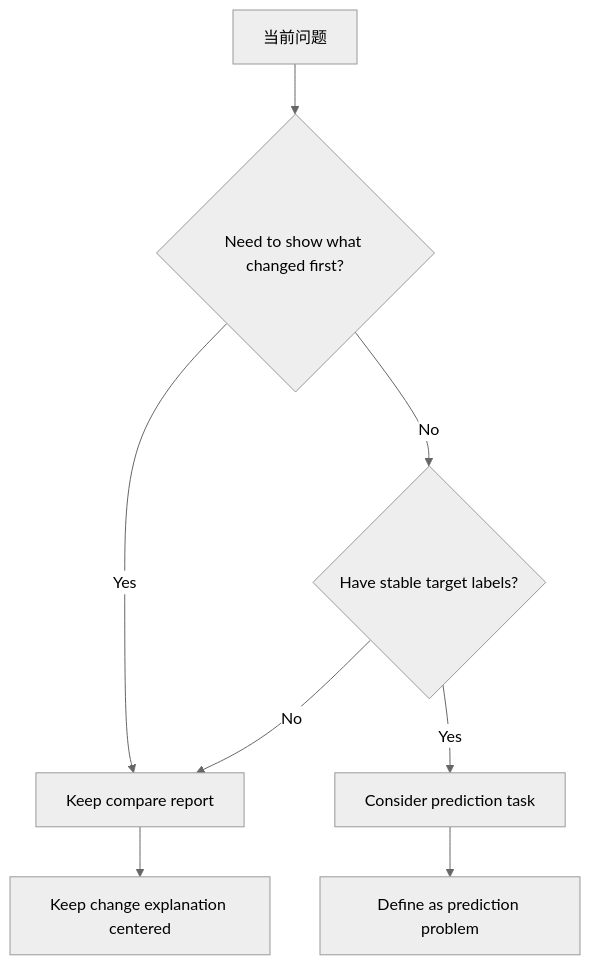
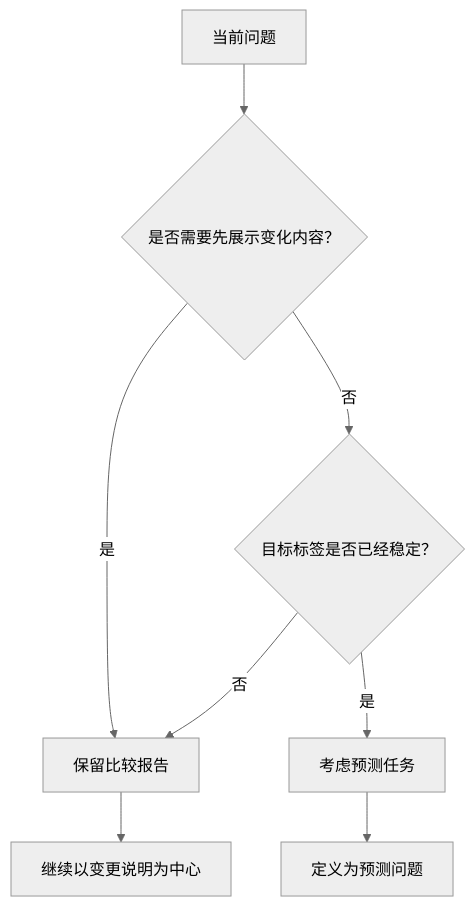
One commit to devchan64/AiBook changed the diagram in docs/assets/part-03/chapter-09/p3-9-2-mermaid-01-zh.mmd. Above: the diagram before and after it, drawn with Mermaid (neutral theme). The commit also changed 200 other files, not shown here.

```diff
--- a/docs/assets/part-03/chapter-09/p3-9-2-mermaid-01-zh.mmd
+++ b/docs/assets/part-03/chapter-09/p3-9-2-mermaid-01-zh.mmd
@@ -1,10 +1,10 @@
 flowchart TD
     A[当前问题]
-    A --> B{Need to show what changed first?}
-    B -->|Yes| C[Keep compare report]
-    B -->|No| D{Have stable target labels?}
-    D -->|No| C
-    D -->|Yes| E[Consider prediction task]
+    A --> B{是否需要先展示变化内容？}
+    B -->|是| C[保留比较报告]
+    B -->|否| D{目标标签是否已经稳定？}
+    D -->|否| C
+    D -->|是| E[考虑预测任务]
 
-    C --> F[Keep change explanation centered]
-    E --> G[Define as prediction problem]
+    C --> F[继续以变更说明为中心]
+    E --> G[定义为预测问题]
```
